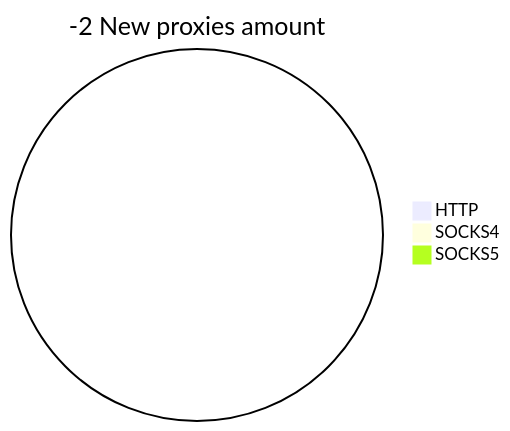
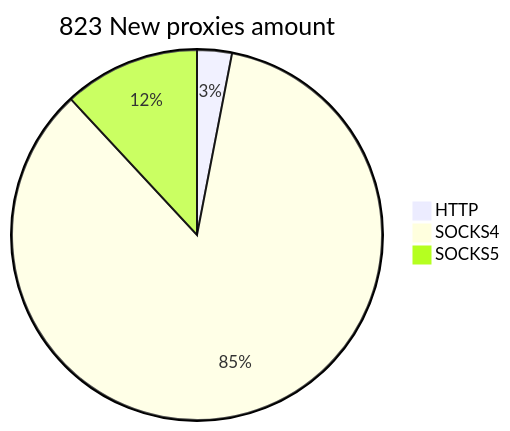
The second of 2 diagrams in README.md (cutipu/proxylist), drawn with Mermaid before and after one commit. The commit also changed other lines of this file, not shown here.

````diff
--- a/README.md
+++ b/README.md
@@ -10,6 +10,6 @@
 ```mermaid
-pie title -2 New proxies amount
-    "HTTP" : 0
-    "SOCKS4" : 0
-    "SOCKS5" : 0
+pie title 823 New proxies amount
+    "HTTP" : 25
+    "SOCKS4" : 700
+    "SOCKS5" : 98
 ```
````
